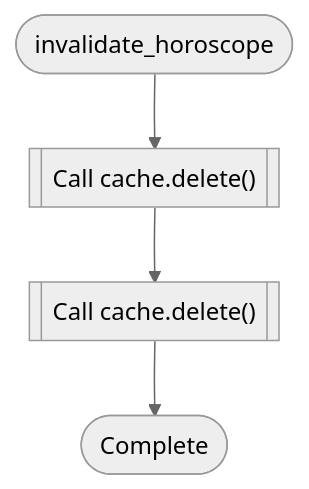
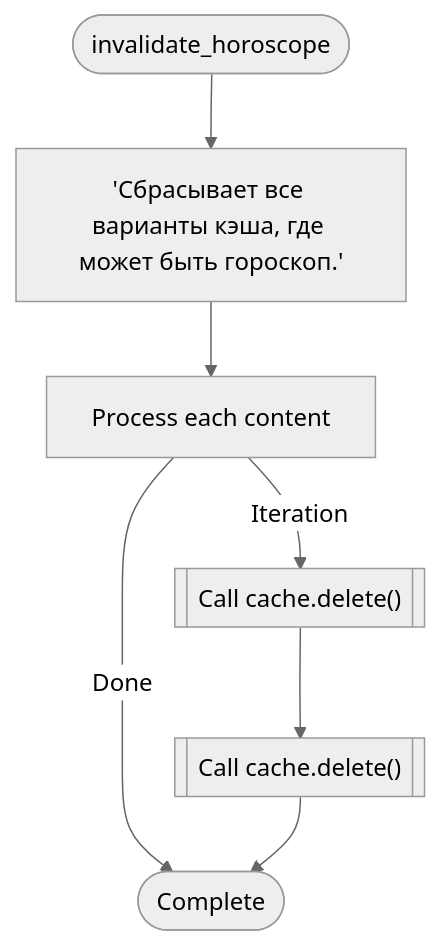
Diagram 13 of 55 in codedebrief-out/codedebrief.md (ihrusl05-rgb/Factoscope), drawn with Mermaid (neutral theme) before and after one commit. The commit also changed other lines of this file and 10 other files, not shown here.

````diff
--- a/codedebrief-out/codedebrief.md
+++ b/codedebrief-out/codedebrief.md
@@ -412,10 +417,15 @@
 ```mermaid
 flowchart TD
   mflow_9bace4c9f0399827_n1(["invalidate_horoscope"])
-  mflow_9bace4c9f0399827_n2[["Call cache.delete()"]]
-  mflow_9bace4c9f0399827_n3[["Call cache.delete()"]]
-  mflow_9bace4c9f0399827_n4(["Complete"])
+  mflow_9bace4c9f0399827_n2["'Сбрасывает все варианты кэша, где может быть гороскоп.'"]
+  mflow_9bace4c9f0399827_n3["Process each content"]
+  mflow_9bace4c9f0399827_n4[["Call cache.delete()"]]
+  mflow_9bace4c9f0399827_n5[["Call cache.delete()"]]
+  mflow_9bace4c9f0399827_n6(["Complete"])
   mflow_9bace4c9f0399827_n1 --> mflow_9bace4c9f0399827_n2
   mflow_9bace4c9f0399827_n2 --> mflow_9bace4c9f0399827_n3
-  mflow_9bace4c9f0399827_n3 --> mflow_9bace4c9f0399827_n4
+  mflow_9bace4c9f0399827_n3 -->|"Iteration"| mflow_9bace4c9f0399827_n4
+  mflow_9bace4c9f0399827_n4 --> mflow_9bace4c9f0399827_n5
+  mflow_9bace4c9f0399827_n3 -->|"Done"| mflow_9bace4c9f0399827_n6
+  mflow_9bace4c9f0399827_n5 --> mflow_9bace4c9f0399827_n6
 ```
````
